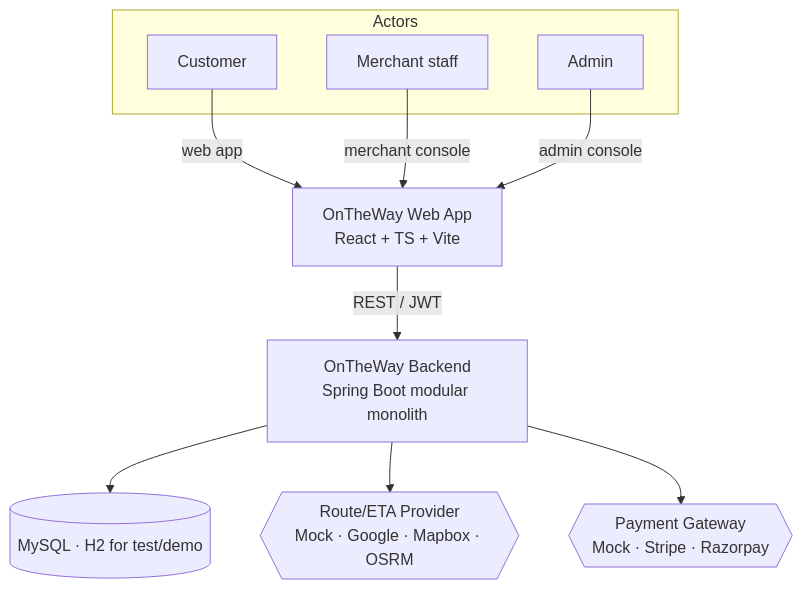
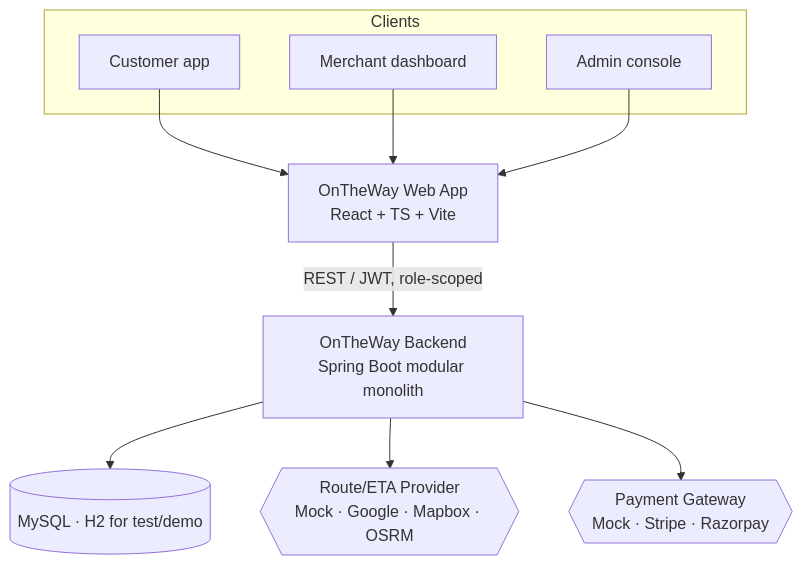
The first of 10 diagrams in ARCHITECTURE.md (ManoharEldhandi/OnTheWay), drawn with Mermaid before and after one commit. The commit also changed other lines of this file and 1 other file, not shown here.

First line of the commit message:
docs: re-plan as role-separated product (architecture v2 + new to-do)

````diff
--- a/ARCHITECTURE.md
+++ b/ARCHITECTURE.md
@@ -47,18 +70,18 @@
 ```mermaid
 graph TB
-    subgraph Actors
-      U[Customer]
-      M[Merchant staff]
-      A[Admin]
+    subgraph Clients
+      C[Customer app]
+      M[Merchant dashboard]
+      A[Admin console]
     end
 
-    U -->|web app| FE[OnTheWay Web App<br/>React + TS + Vite]
-    M -->|merchant console| FE
-    A -->|admin console| FE
+    C --> FE[OnTheWay Web App<br/>React + TS + Vite]
+    M --> FE
+    A --> FE
 
-    FE -->|REST / JWT| BE[OnTheWay Backend<br/>Spring Boot modular monolith]
+    FE -->|REST / JWT, role-scoped| BE[OnTheWay Backend<br/>Spring Boot modular monolith]
 
     BE --> DB[(MySQL · H2 for test/demo)]
     BE --> RP{{Route/ETA Provider<br/>Mock · Google · Mapbox · OSRM}}
     BE --> PG{{Payment Gateway<br/>Mock · Stripe · Razorpay}}
 ```
````
